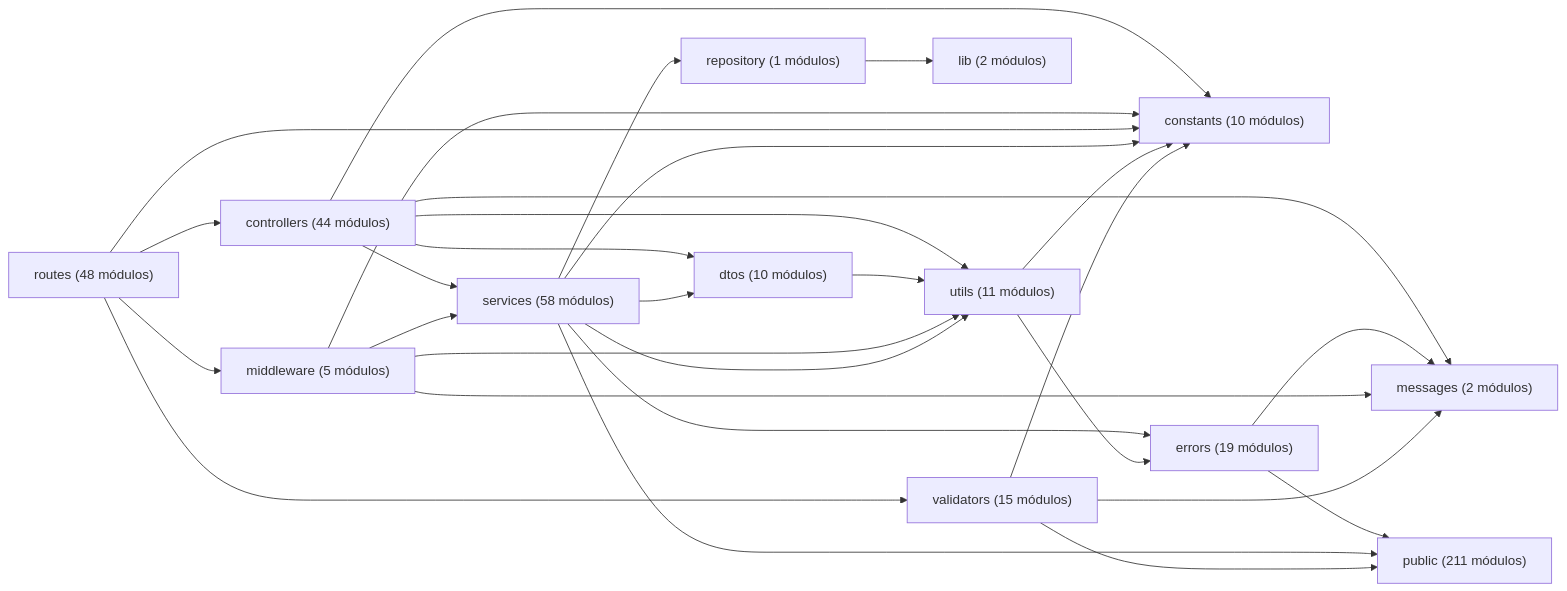
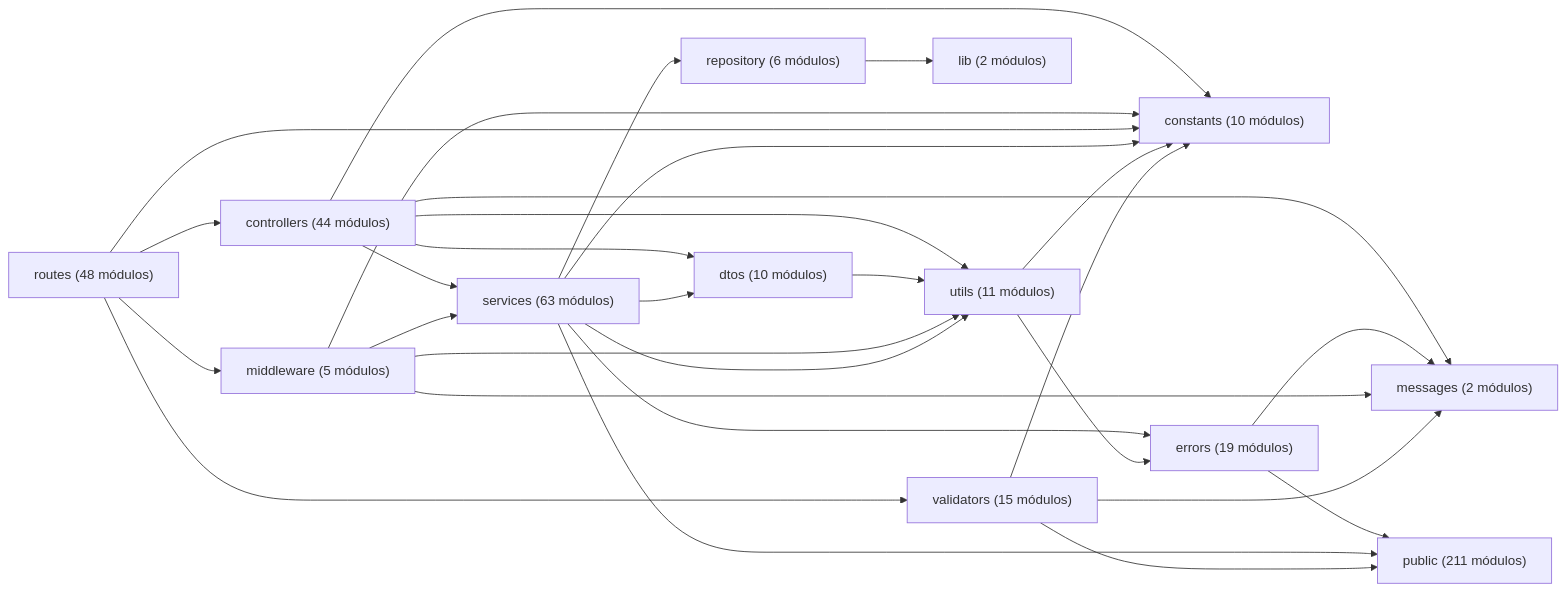
One commit to gpgsistemas01/nexus changed the diagram in docs/architecture/views/development/code-map.md. Above: the diagram before and after it, drawn with Mermaid. The commit also changed other lines of this file and 122 other files, not shown here.

````diff
--- a/docs/architecture/views/development/code-map.md
+++ b/docs/architecture/views/development/code-map.md
@@ -14,31 +14,31 @@
 ```mermaid
 flowchart LR
     controllers["controllers (44 módulos)"] --> constants["constants (10 módulos)"]
     controllers["controllers (44 módulos)"] --> dtos["dtos (10 módulos)"]
     controllers["controllers (44 módulos)"] --> messages["messages (2 módulos)"]
-    controllers["controllers (44 módulos)"] --> services["services (58 módulos)"]
+    controllers["controllers (44 módulos)"] --> services["services (63 módulos)"]
     controllers["controllers (44 módulos)"] --> utils["utils (11 módulos)"]
     dtos["dtos (10 módulos)"] --> utils["utils (11 módulos)"]
     errors["errors (19 módulos)"] --> messages["messages (2 módulos)"]
     errors["errors (19 módulos)"] --> public["public (211 módulos)"]
     middleware["middleware (5 módulos)"] --> constants["constants (10 módulos)"]
     middleware["middleware (5 módulos)"] --> messages["messages (2 módulos)"]
-    middleware["middleware (5 módulos)"] --> services["services (58 módulos)"]
+    middleware["middleware (5 módulos)"] --> services["services (63 módulos)"]
     middleware["middleware (5 módulos)"] --> utils["utils (11 módulos)"]
-    repository["repository (1 módulos)"] --> lib["lib (2 módulos)"]
+    repository["repository (6 módulos)"] --> lib["lib (2 módulos)"]
     routes["routes (48 módulos)"] --> constants["constants (10 módulos)"]
     routes["routes (48 módulos)"] --> controllers["controllers (44 módulos)"]
     routes["routes (48 módulos)"] --> middleware["middleware (5 módulos)"]
     routes["routes (48 módulos)"] --> validators["validators (15 módulos)"]
-    services["services (58 módulos)"] --> constants["constants (10 módulos)"]
-    services["services (58 módulos)"] --> dtos["dtos (10 módulos)"]
-    services["services (58 módulos)"] --> errors["errors (19 módulos)"]
-    services["services (58 módulos)"] --> public["public (211 módulos)"]
-    services["services (58 módulos)"] --> repository["repository (1 módulos)"]
-    services["services (58 módulos)"] --> utils["utils (11 módulos)"]
+    services["services (63 módulos)"] --> constants["constants (10 módulos)"]
+    services["services (63 módulos)"] --> dtos["dtos (10 módulos)"]
+    services["services (63 módulos)"] --> errors["errors (19 módulos)"]
+    services["services (63 módulos)"] --> public["public (211 módulos)"]
+    services["services (63 módulos)"] --> repository["repository (6 módulos)"]
+    services["services (63 módulos)"] --> utils["utils (11 módulos)"]
     utils["utils (11 módulos)"] --> constants["constants (10 módulos)"]
     utils["utils (11 módulos)"] --> errors["errors (19 módulos)"]
     validators["validators (15 módulos)"] --> constants["constants (10 módulos)"]
     validators["validators (15 módulos)"] --> messages["messages (2 módulos)"]
     validators["validators (15 módulos)"] --> public["public (211 módulos)"]
 ```
````
